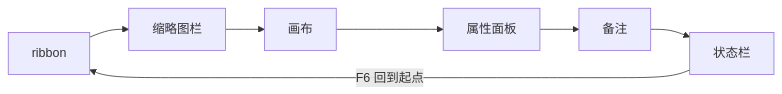
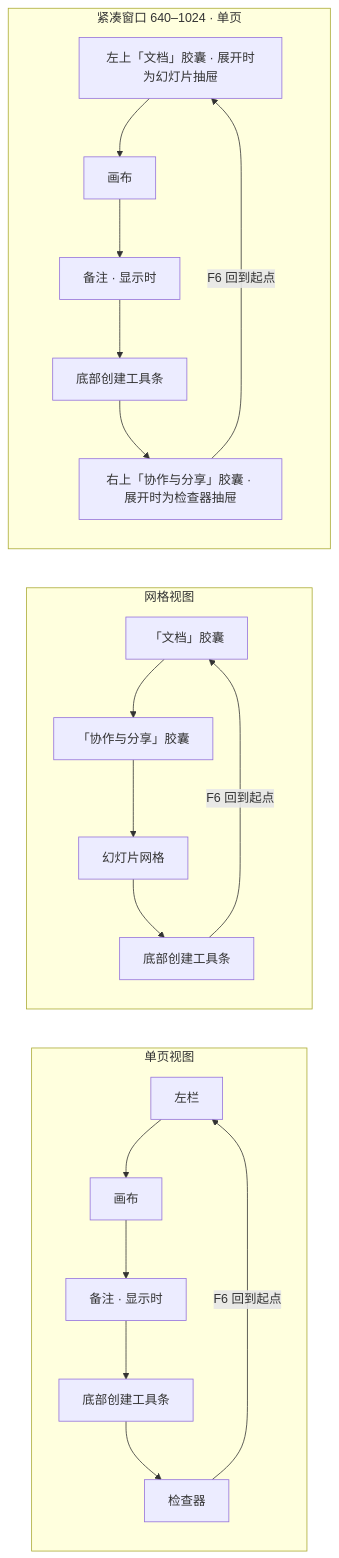
One commit to Xeonice/cordis-ppt-editor changed the sixth of 6 diagrams in docs/10-prd/03-features/02-editing.md. Above: the diagram before and after it, drawn with Mermaid. The commit also changed other lines of this file and 16 other files, not shown here.

First line of the commit message:
docs(prd): 按设计语言 v3 改读需求表述（第 0–3 批与母版视图改版）

````diff
--- a/docs/10-prd/03-features/02-editing.md
+++ b/docs/10-prd/03-features/02-editing.md
@@ -473,5 +491,15 @@
 ```mermaid
 flowchart LR
-  ribbon["ribbon"] --> thumbs["缩略图栏"] --> canvas["画布"] --> props["属性面板"] --> notes["备注"] --> status["状态栏"]
-  status -->|"F6 回到起点"| ribbon
+  subgraph single["单页视图"]
+    rail["左栏"] --> canvas["画布"] --> notes["备注 · 显示时"] --> tbar["底部创建工具条"] --> insp["检查器"]
+  end
+  subgraph grid["网格视图"]
+    capL["「文档」胶囊"] --> capR["「协作与分享」胶囊"] --> slides["幻灯片网格"] --> tbar2["底部创建工具条"]
+  end
+  subgraph compact["紧凑窗口 640–1024 · 单页"]
+    cL["左上「文档」胶囊 · 展开时为幻灯片抽屉"] --> cCanvas["画布"] --> cNotes["备注 · 显示时"] --> cTbar["底部创建工具条"] --> cR["右上「协作与分享」胶囊 · 展开时为检查器抽屉"]
+  end
+  insp -->|"F6 回到起点"| rail
+  tbar2 -->|"F6 回到起点"| capL
+  cR -->|"F6 回到起点"| cL
 ```
````
